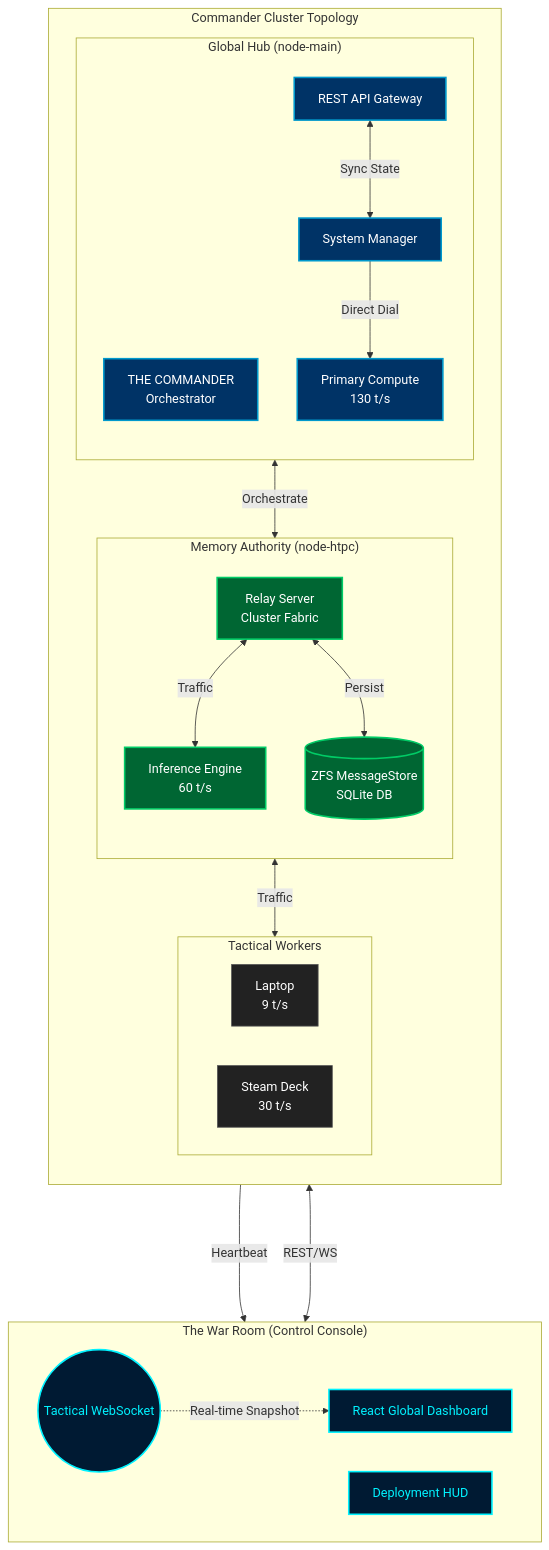
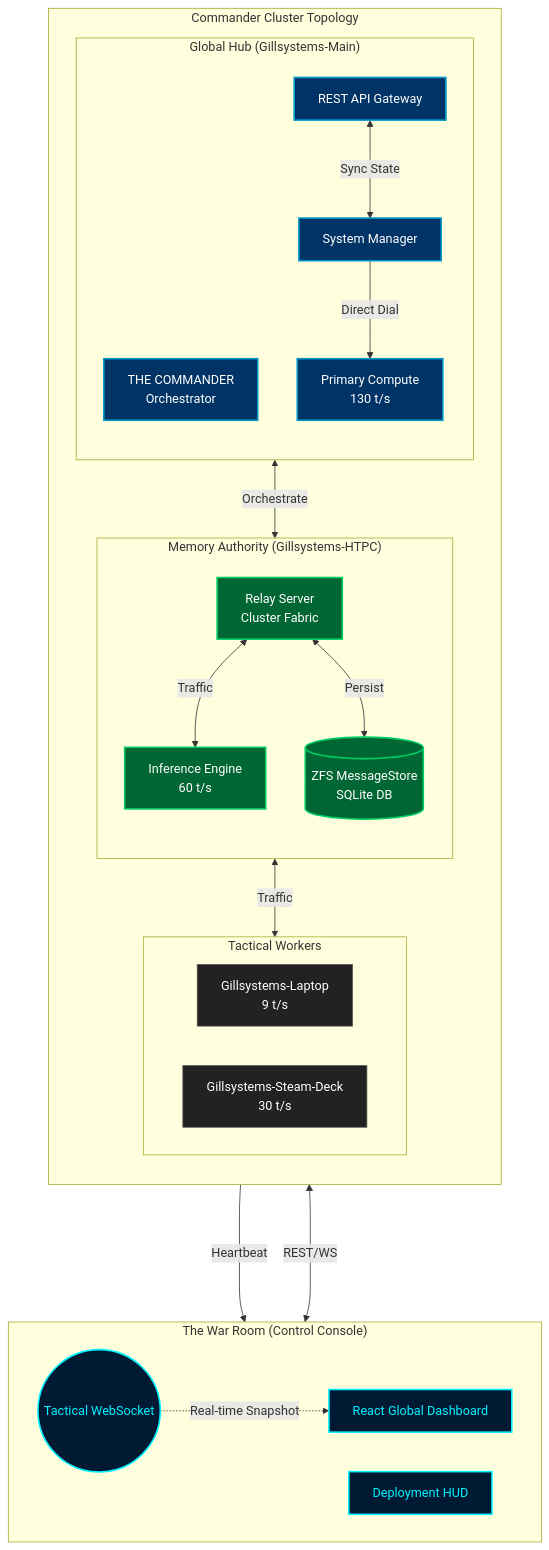
The diagram in diagrams/system_architecture_v1.2.15.mmd (OCNGill/The-Commander-Agent), drawn with Mermaid before and after one commit. The commit also changed 32 other files, not shown here.

```diff
--- a/diagrams/system_architecture_v1.2.15.mmd
+++ b/diagrams/system_architecture_v1.2.15.mmd
@@ -1,60 +1,60 @@
 %% Version: 1.2.15 (Strategic War Room Integration)
 %% Authoritative Architecture for Gillsystems Cluster
 
 flowchart TB
   %% Strategic Control Plane
   subgraph UI["The War Room (Control Console)"]
     direction LR
     Dashboard[React Global Dashboard]
     HUD[Deployment HUD]
     Broadcaster((Tactical WebSocket))
   end
 
   subgraph Cluster["Commander Cluster Topology"]
     direction TB
     
-    subgraph MainNode["Global Hub (node-main)"]
+  subgraph MainNode["Global Hub (Gillsystems-Main)"]
         direction TB
         Commander[THE COMMANDER\nOrchestrator]
         REST[REST API Gateway]
         ComputeMain[Primary Compute\n130 t/s]
         SysMgr[System Manager]
     end
 
-    subgraph StorageNode["Memory Authority (node-htpc)"]
+  subgraph StorageNode["Memory Authority (Gillsystems-HTPC)"]
         direction TB
         Relay[Relay Server\nCluster Fabric]
         ComputeHTPC[Inference Engine\n60 t/s]
         Memory[(ZFS MessageStore\nSQLite DB)]
     end
 
     subgraph WorkerNodes["Tactical Workers"]
         direction LR
-        Laptop["Laptop\n9 t/s"]
-        SteamDeck["Steam Deck\n30 t/s"]
+  Laptop["Gillsystems-Laptop\n9 t/s"]
+  SteamDeck["Gillsystems-Steam-Deck\n30 t/s"]
     end
   end
 
   %% Data & Control Interaction
   Dashboard <-->|REST/WS| REST
   REST <-->|Sync State| SysMgr
   SysMgr -->|Direct Dial| ComputeMain
   SysMgr <-->|Orchestrate| Relay
   
   Relay <-->|Traffic| WorkerNodes
   Relay <-->|Traffic| ComputeHTPC
   Relay <-->|Persist| Memory
   
   SysMgr ---->|Heartbeat| Broadcaster
   Broadcaster -.->|Real-time Snapshot| Dashboard
 
   %% Style
   classDef strategic fill:#001a33,color:#00f2ff,stroke:#00f2ff,stroke-width:2px;
   classDef primary fill:#003366,color:#fff,stroke:#0099cc,stroke-width:2px;
   classDef storage fill:#006633,color:#fff,stroke:#00cc66,stroke-width:2px;
   classDef worker fill:#222,color:#fff,stroke:#555,stroke-width:1px;
   
   class Dashboard,HUD,Broadcaster strategic;
   class Commander,REST,ComputeMain,SysMgr primary;
   class Relay,Memory,ComputeHTPC storage;
   class Laptop,SteamDeck worker;
```
